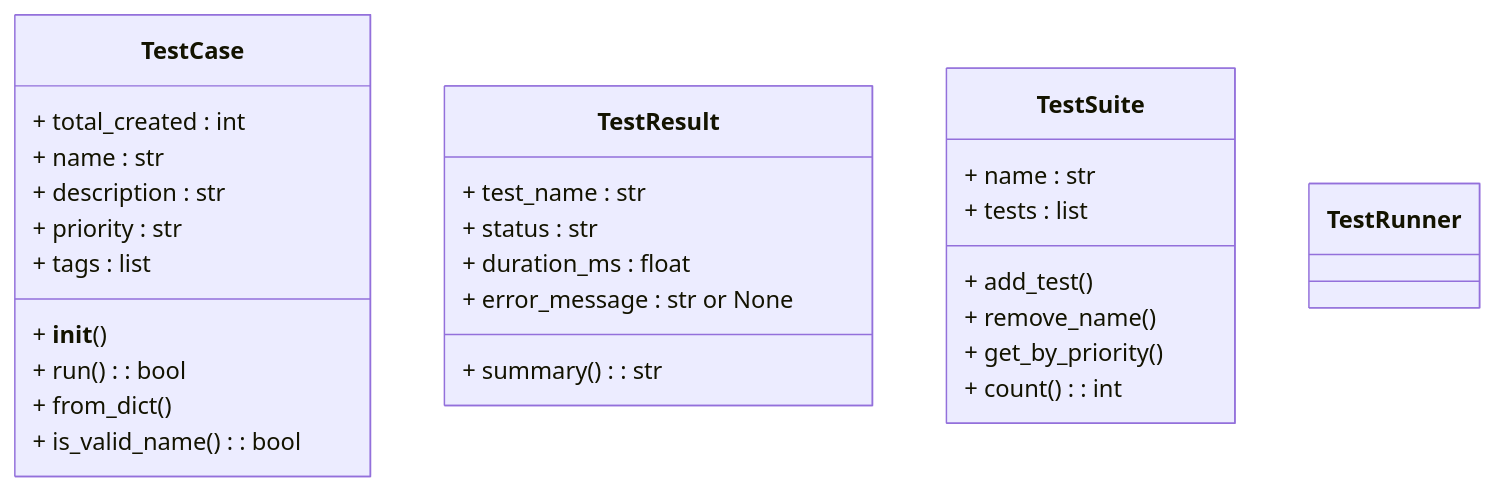
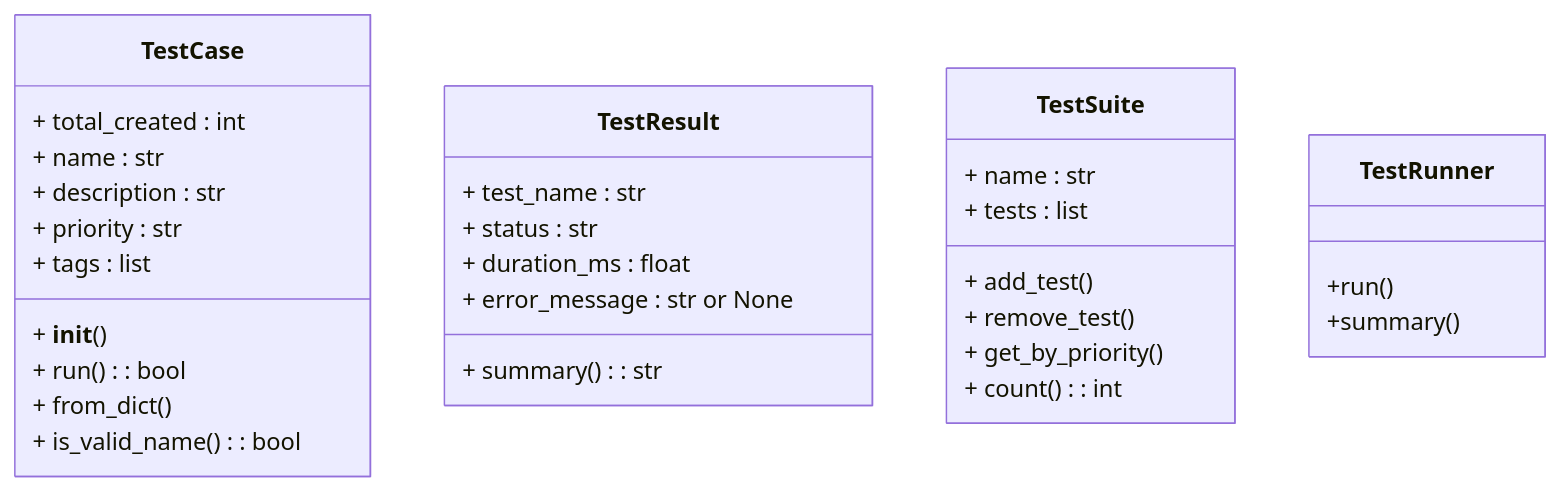
The diagram in Week1-Git-Python/Wednesday/exercise_oop/class_hierarchy.mermaid (TRNG-00002423/Jackson-Champion), drawn with Mermaid before and after one commit.

```diff
--- a/Week1-Git-Python/Wednesday/exercise_oop/class_hierarchy.mermaid
+++ b/Week1-Git-Python/Wednesday/exercise_oop/class_hierarchy.mermaid
@@ -1,42 +1,44 @@
 classDiagram
     class TestCase {
         %% TODO: Add class attributes
         + total_created : int
         %% TODO: Add instance attributes
         + name : str
         + description : str
         + priority : str
         + tags : list
         %% TODO: Add methods
         + __init__()
         + run() : bool
         + from_dict()
         + is_valid_name() : bool
     }
 
     class TestResult {
         %% TODO: Add attributes
         + test_name : str
         + status : str
         + duration_ms : float
         + error_message : str or None
         %% TODO: Add methods
         + summary() : str
     }
 
     class TestSuite {
         %% TODO: Add attributes
         + name : str
         + tests : list
         %% TODO: Add methods
         + add_test()
-        + remove_name()
+        + remove_test()
         + get_by_priority()
         + count() : int
     }
 
     class TestRunner {
         %% TODO: Add methods
+        +run()
+        +summary()
     }
 
     %% TODO: Define relationships between classes
```
